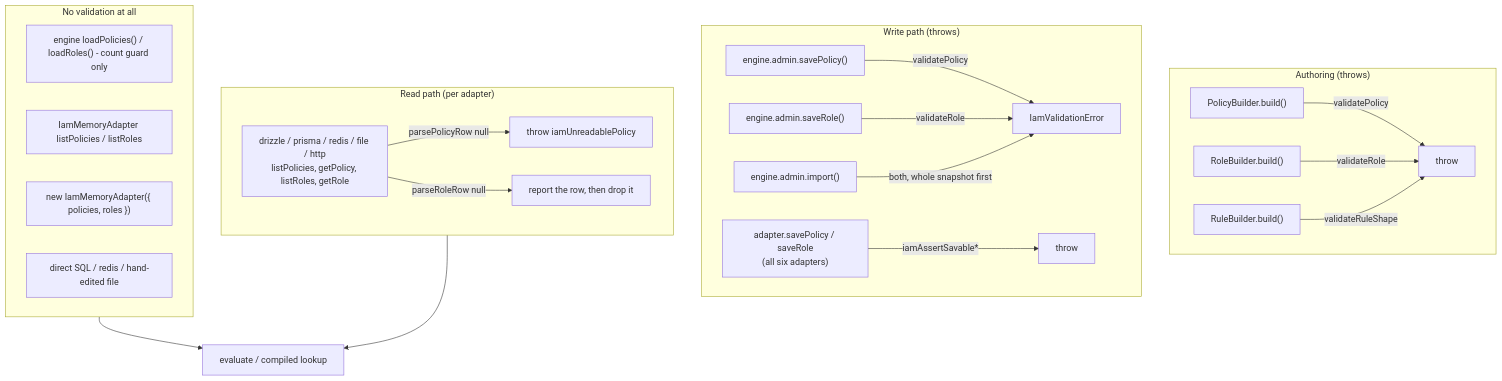
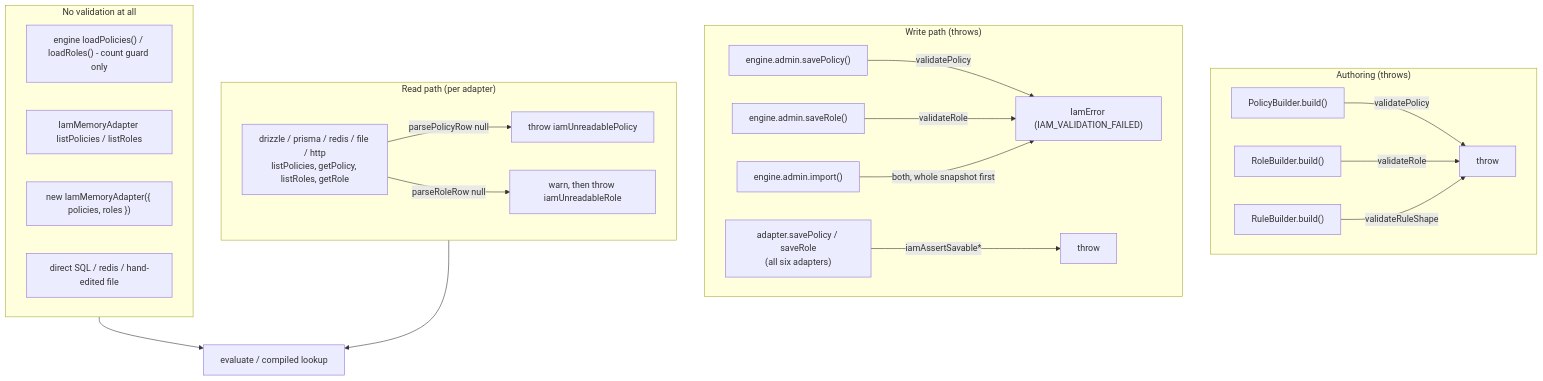
One commit to gentleeduck/duck-iam changed the diagram in packages/duck-iam/docs/reference/core-schema.md. Above: the diagram before and after it, drawn with Mermaid. The commit also changed other lines of this file and 7 other files, not shown here.

````diff
--- a/packages/duck-iam/docs/reference/core-schema.md
+++ b/packages/duck-iam/docs/reference/core-schema.md
@@ -613,31 +613,31 @@
 ```mermaid
 flowchart TD
     subgraph AUTHORING["Authoring (throws)"]
         PB["PolicyBuilder.build()"] -->|validatePolicy| T1["throw"]
         RB["RoleBuilder.build()"] -->|validateRole| T1
         RUB["RuleBuilder.build()"] -->|validateRuleShape| T1
     end
 
     subgraph WRITE["Write path (throws)"]
-        SP["engine.admin.savePolicy()"] -->|validatePolicy| T2["IamValidationError"]
+        SP["engine.admin.savePolicy()"] -->|validatePolicy| T2["IamError (IAM_VALIDATION_FAILED)"]
         SR["engine.admin.saveRole()"] -->|validateRole| T2
         IMP["engine.admin.import()"] -->|both, whole snapshot first| T2
         ADW["adapter.savePolicy / saveRole<br/>(all six adapters)"] -->|iamAssertSavable*| T3["throw"]
     end
 
     subgraph READ["Read path (per adapter)"]
         RD["drizzle / prisma / redis / file / http<br/>listPolicies, getPolicy, listRoles, getRole"]
         RD -->|parsePolicyRow null| PX["throw iamUnreadablePolicy"]
-        RD -->|parseRoleRow null| RX["report the row, then drop it"]
+        RD -->|parseRoleRow null| RX["warn, then throw iamUnreadableRole"]
     end
 
     subgraph NONE["No validation at all"]
         LP["engine loadPolicies() / loadRoles() - count guard only"]
         MEM["IamMemoryAdapter listPolicies / listRoles"]
         SEED["new IamMemoryAdapter({ policies, roles })"]
         DIRECT["direct SQL / redis / hand-edited file"]
     end
 
     NONE --> EVAL["evaluate / compiled lookup"]
     READ --> EVAL
 ```
````
